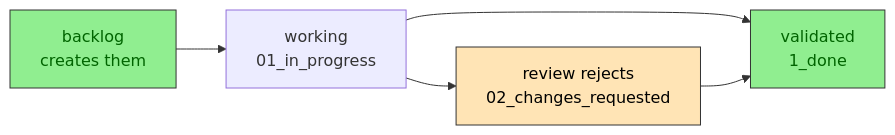
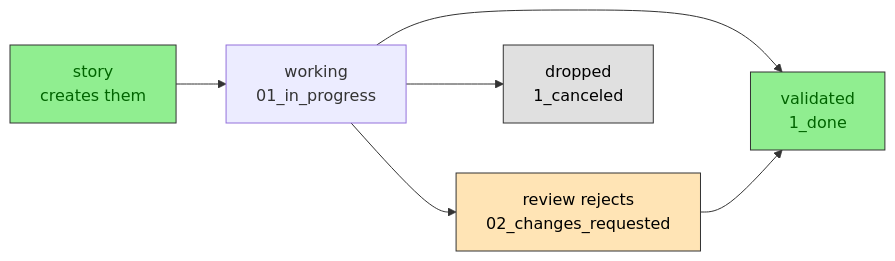
One commit to darideveloper/ai-daridev changed the third of 3 diagrams in docs/odoo.md. Above: the diagram before and after it, drawn with Mermaid. The commit also changed other lines of this file and 23 other files, not shown here.

````diff
--- a/docs/odoo.md
+++ b/docs/odoo.md
@@ -123,10 +128,12 @@
 ```mermaid
 flowchart LR
-    A["backlog<br/>creates them"] --> B["working<br/>01_in_progress"]
+    A["story<br/>creates them"] --> B["working<br/>01_in_progress"]
     B --> C["validated<br/>1_done"]
     B --> D["review rejects<br/>02_changes_requested"]
     D --> C
+    B --> E["dropped<br/>1_canceled"]
     style A fill:#90EE90,stroke:#333,color:darkgreen
     style C fill:#90EE90,stroke:#333,color:darkgreen
     style D fill:#FFE4B5,stroke:#333,color:#000
+    style E fill:#E0E0E0,stroke:#333,color:#000
 ```
````
